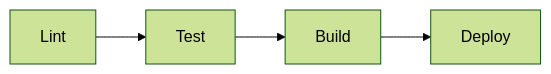
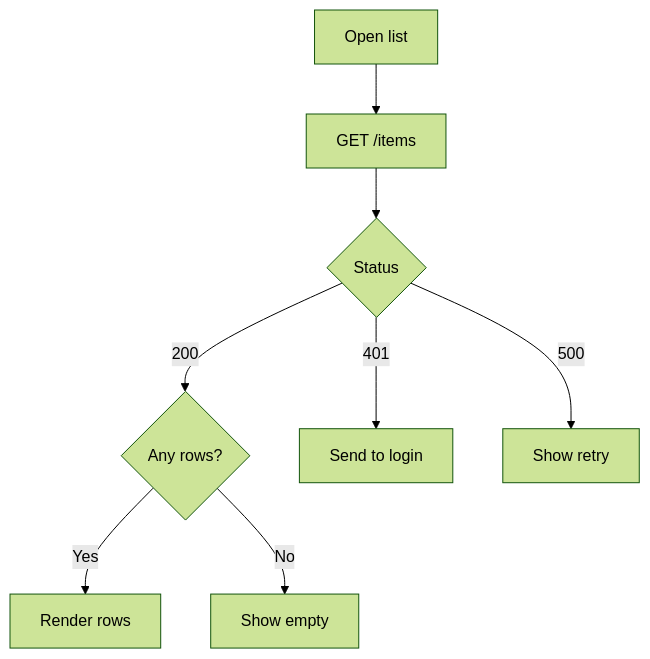
One commit to ralf-al/flowchart-md changed the third of 3 diagrams in README.md. Above: the diagram before and after it, drawn with Mermaid (forest theme). The commit also changed other lines of this file and 2 other files, not shown here.

````diff
--- a/README.md
+++ b/README.md
@@ -144,4 +273,10 @@
 ```mermaid
-graph LR
-  A[Lint] --> B[Test] --> C[Build] --> D[Deploy]
+graph TD
+  A[Open list] --> B[GET /items]
+  B --> C{Status}
+  C -->|200| D{Any rows?}
+  D -->|Yes| E[Render rows]
+  D -->|No| F[Show empty]
+  C -->|401| G[Send to login]
+  C -->|500| H[Show retry]
 ```
````
